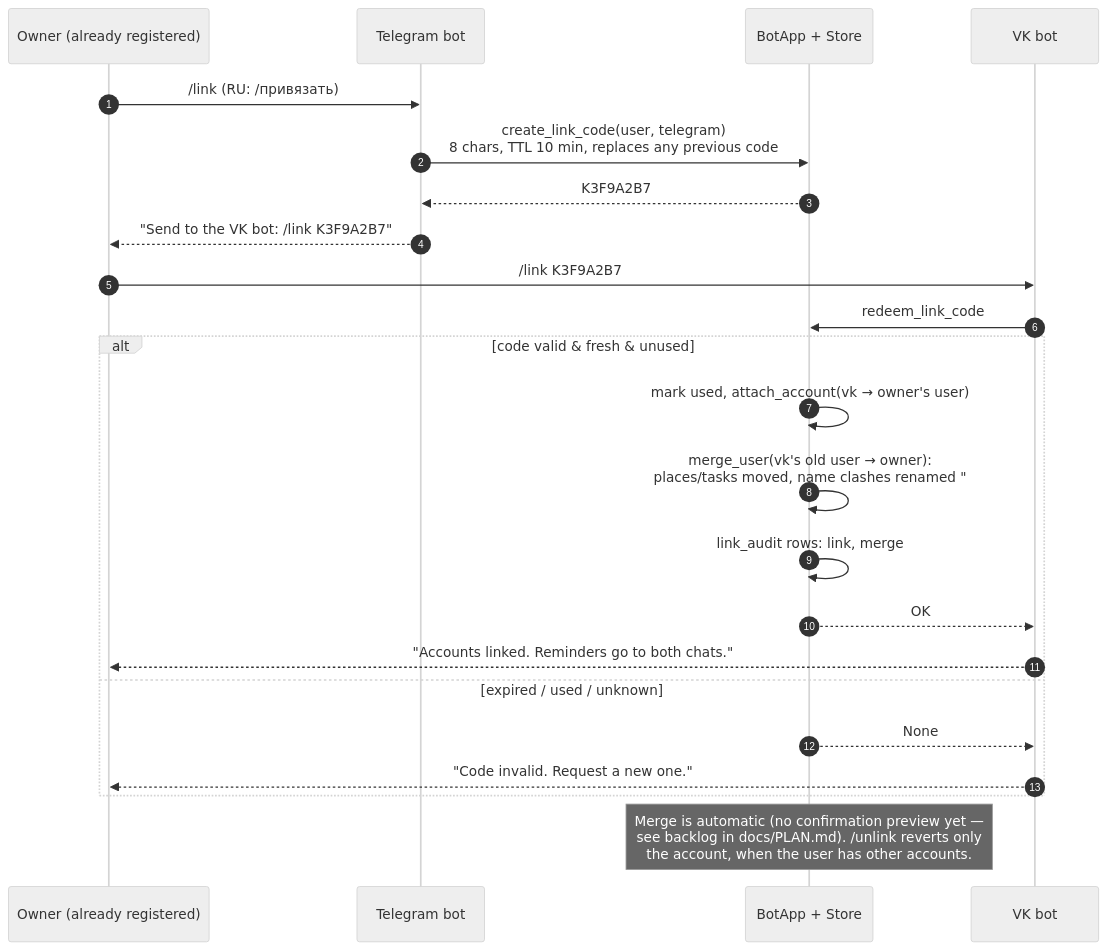
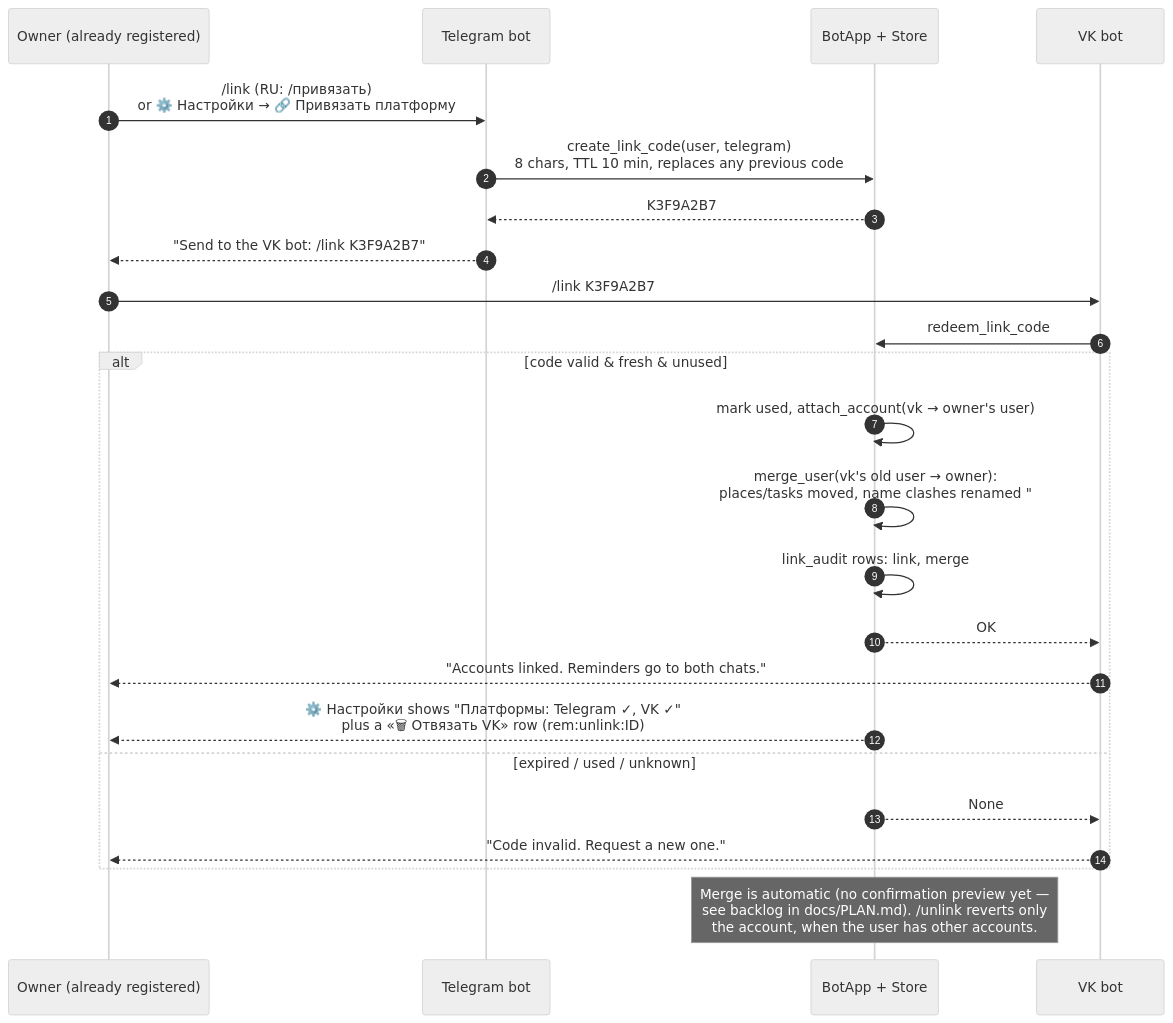
Before and after one commit to edombek/taskshed: the fourth of 4 diagrams in docs/en/architecture.md, drawn with Mermaid (neutral theme). The commit also changed 14 other files, not shown here.

````diff
--- a/docs/en/architecture.md
+++ b/docs/en/architecture.md
@@ -272,26 +272,27 @@
 ```mermaid
 sequenceDiagram
     autonumber
     participant U as Owner (already registered)
     participant TG as Telegram bot
     participant Core as BotApp + Store
     participant VK as VK bot
 
-    U->>TG: /link  (RU: /привязать)
+    U->>TG: /link  (RU: /привязать)<br/>or ⚙️ Настройки → 🔗 Привязать платформу
     TG->>Core: create_link_code(user, telegram)<br/>8 chars, TTL 10 min, replaces any previous code
     Core-->>TG: K3F9A2B7
     TG-->>U: "Send to the VK bot: /link K3F9A2B7"
     U->>VK: /link K3F9A2B7
     VK->>Core: redeem_link_code
     alt code valid & fresh & unused
         Core->>Core: mark used, attach_account(vk → owner's user)
         Core->>Core: merge_user(vk's old user → owner):<br/>places/tasks moved, name clashes renamed "#2",<br/>old settings/location deleted
         Core->>Core: link_audit rows: link, merge
         Core-->>VK: OK
         VK-->>U: "Accounts linked. Reminders go to both chats."
+        Core-->>U: ⚙️ Настройки shows "Платформы: Telegram ✓, VK ✓"<br/>plus a «🗑 Отвязать VK» row (rem:unlink:ID)
     else expired / used / unknown
         Core-->>VK: None
         VK-->>U: "Code invalid. Request a new one."
     end
     note over Core: Merge is automatic (no confirmation preview yet —<br/>see backlog in docs/PLAN.md). /unlink reverts only<br/>the account, when the user has other accounts.
 ```
````
